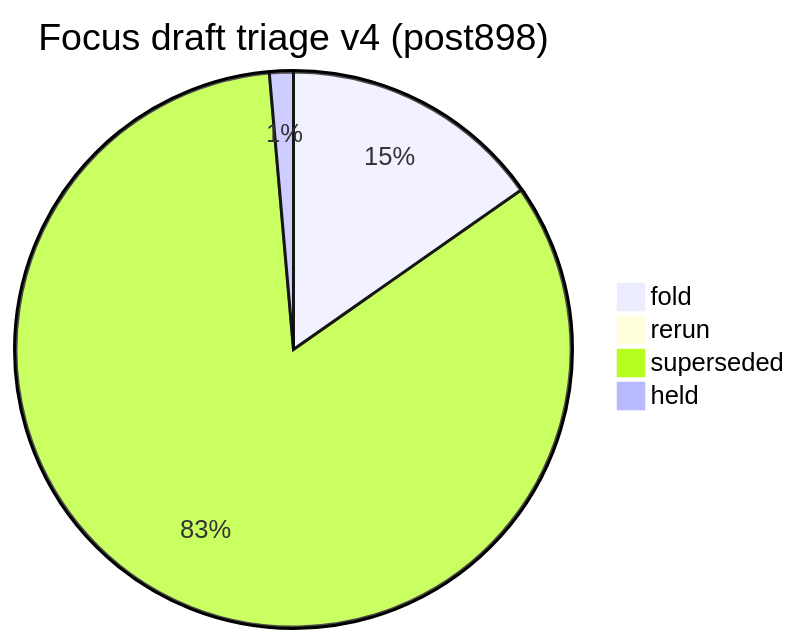
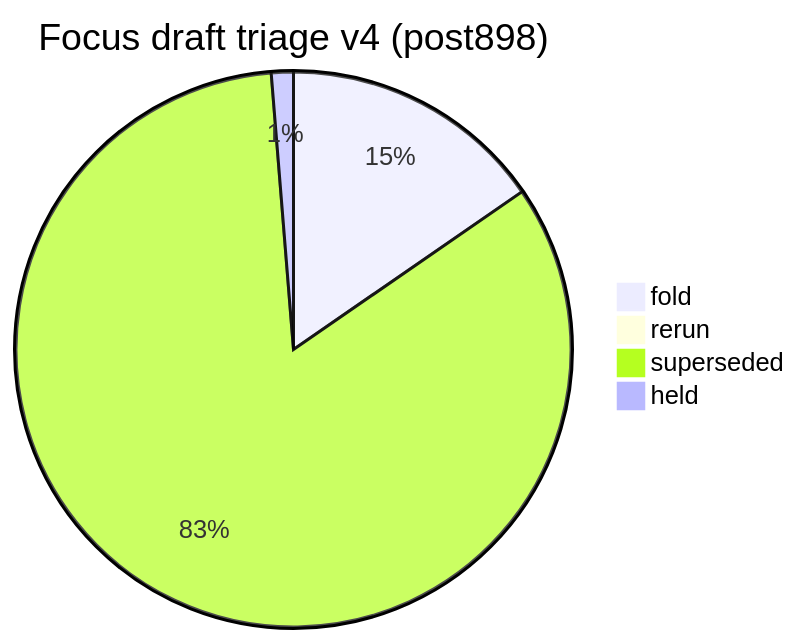
The first of 2 diagrams in docs/dev/open-draft-triage-post898-v4-2026-10-10.md (fuzzywigg/math-pentathlon), drawn with Mermaid before and after one commit. The commit also changed other lines of this file and 2 other files, not shown here.

````diff
--- a/docs/dev/open-draft-triage-post898-v4-2026-10-10.md
+++ b/docs/dev/open-draft-triage-post898-v4-2026-10-10.md
@@ -113,7 +113,7 @@
 ```mermaid
 pie title Focus draft triage v4 (post898)
-  "fold" : 11
+  "fold" : 12
   "rerun" : 0
-  "superseded" : 60
+  "superseded" : 65
   "held" : 1
 ```
````
